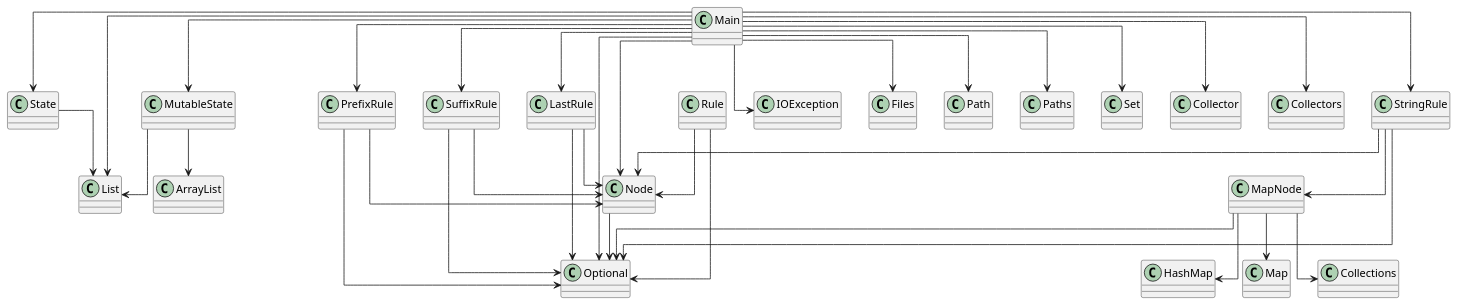
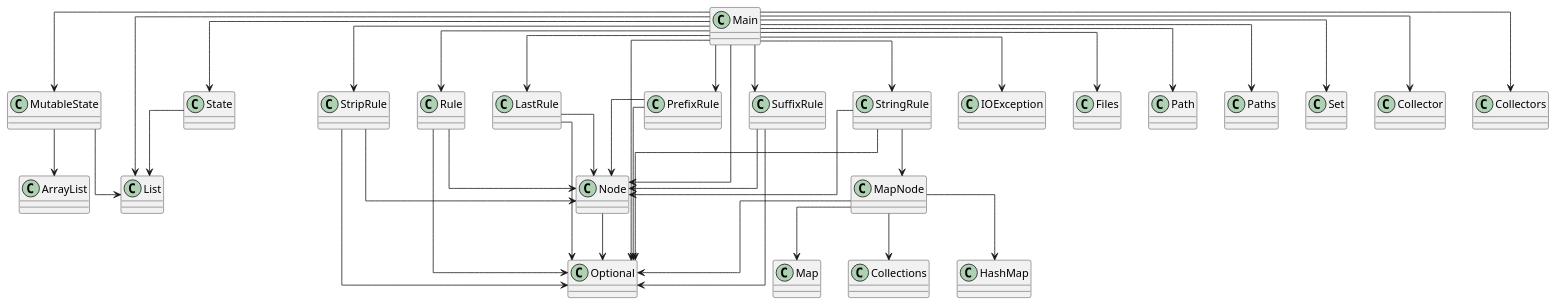
One commit to SirMathhman/Magma changed the diagram in diagram.puml. Above: the diagram before and after it, drawn with PlantUML. The commit also changed 2 other files, not shown here.

```diff
--- a/diagram.puml
+++ b/diagram.puml
@@ -1,49 +1,54 @@
 @startuml
 skinparam linetype ortho
 class MutableState
 MutableState --> ArrayList
 MutableState --> List
 class Node
 Node --> Optional
+class StripRule
+StripRule --> Node
+StripRule --> Optional
 class Rule
 Rule --> Node
 Rule --> Optional
 class Main
 Main --> LastRule
 Main --> MutableState
 Main --> PrefixRule
+Main --> Rule
 Main --> State
 Main --> StringRule
+Main --> StripRule
 Main --> SuffixRule
 Main --> Node
 Main --> IOException
 Main --> Files
 Main --> Path
 Main --> Paths
 Main --> List
 Main --> Optional
 Main --> Set
 Main --> Collector
 Main --> Collectors
 class MapNode
 MapNode --> Collections
 MapNode --> HashMap
 MapNode --> Map
 MapNode --> Optional
 class StringRule
 StringRule --> MapNode
 StringRule --> Node
 StringRule --> Optional
 class LastRule
 LastRule --> Node
 LastRule --> Optional
 class PrefixRule
 PrefixRule --> Node
 PrefixRule --> Optional
 class SuffixRule
 SuffixRule --> Node
 SuffixRule --> Optional
 class State
 State --> List
 
 @enduml
```
